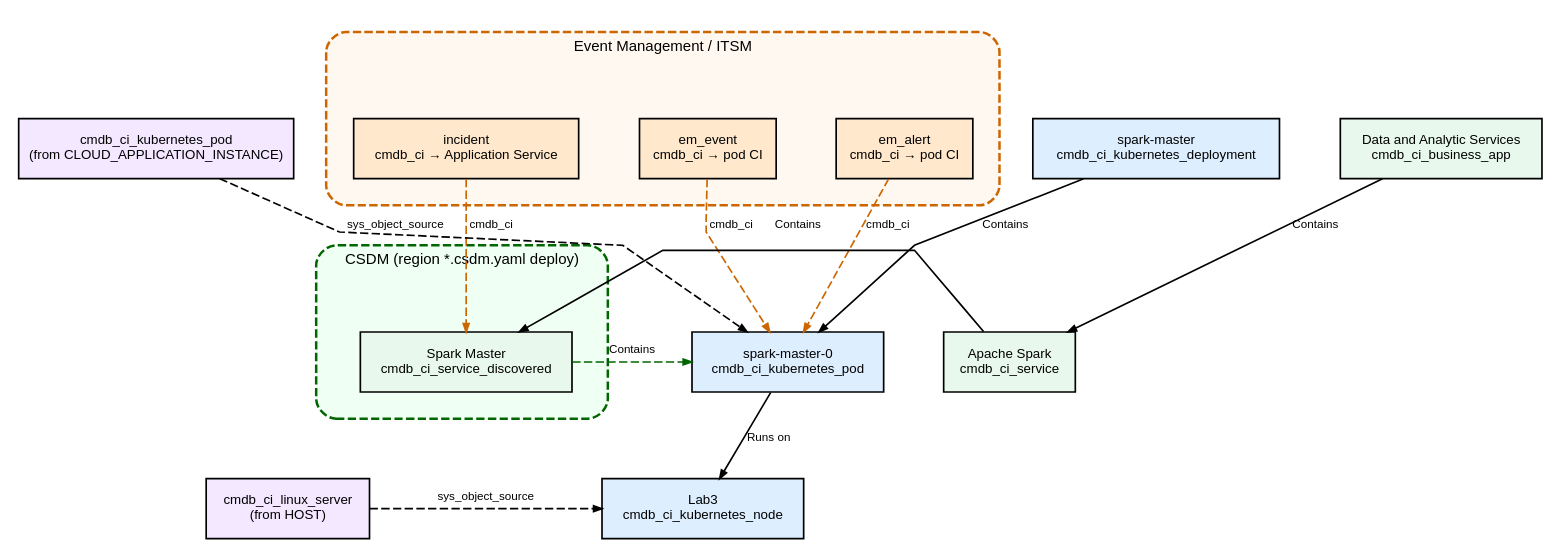
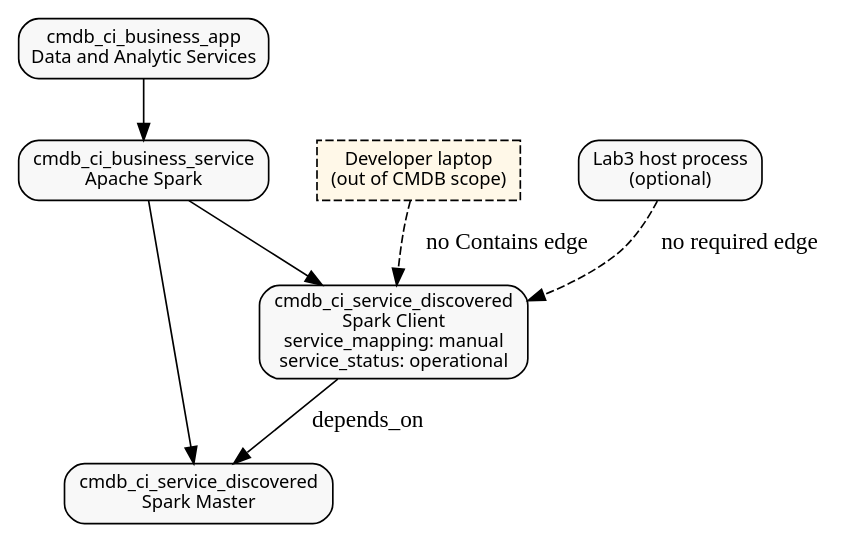
One commit to gxbrooks/spark-observability changed the second of 5 diagrams in servicenow/docs/Problem_to_Incident/Problem_to_Incident.adoc. Above: the diagram before and after it, drawn with Graphviz. The commit also changed other lines of this file and 17 other files, not shown here.

First line of the commit message:
Unify Log to Incident doc around Service-Side and Client-Side patterns.

```diff
--- a/servicenow/docs/Problem_to_Incident/Problem_to_Incident.adoc
+++ b/servicenow/docs/Problem_to_Incident/Problem_to_Incident.adoc
@@ -301,85 +324,22 @@
-[graphviz, Spark_Master_log_WARN_CMDB_CSDM_and_Event_Management_brooks-lab]
+[graphviz, Enterprise_client_CMDB_model]
 ----
-digraph spark_master_log_cmdb {
-  graph [rankdir=TB splines=polyline nodesep=0.5 ranksep=0.55 fontname="Helvetica" fontsize=10 compound=true]
-  node [shape=box fontname="Helvetica" fontsize=8 margin="0.08,0.05"]
-  edge [fontname="Helvetica" fontsize=7 arrowsize=0.5 labeldistance=0.6 labelangle=0]
+digraph enterprise_client {
+  graph [rankdir=TB splines=true nodesep=0.4 fontname="Noto Sans" fontsize=12]
+  node [shape=box style="rounded,filled" fillcolor="#f8f8f8" fontname="Noto Sans" fontsize=11]
 
-  subgraph cluster_em {
-    label="Event Management / ITSM"
-    labelloc=t
-    fontsize=9
-    style="rounded,dashed"
-    color="#cc6600"
-    penwidth=1.5
-    bgcolor="#fff8f0"
-    margin=16
-    node [style=filled fillcolor="#ffe8cc"]
-    INC [label="incident\ncmdb_ci → Application Service"]
-    EV  [label="em_event\ncmdb_ci → pod CI"]
-    AL  [label="em_alert\ncmdb_ci → pod CI"]
-    { rank=same; EV; AL }
-  }
+  BA [label="cmdb_ci_business_app\nData and Analytic Services"]
+  BS [label="cmdb_ci_business_service\nApache Spark"]
+  AS [label="cmdb_ci_service_discovered\nSpark Client\nservice_mapping: manual\nservice_status: operational"]
+  SM [label="cmdb_ci_service_discovered\nSpark Master"]
 
-  subgraph cluster_sgc {
-    label="SGO-Dynatrace import"
-    labelloc=t
-    fontsize=9
-    style="rounded,dashed"
-    color="#660066"
-    penwidth=1.5
-    bgcolor="#faf0ff"
-    margin=16
-    node [style=filled fillcolor="#f3e8ff"]
-    CI_POD  [label="cmdb_ci_kubernetes_pod\n(from CLOUD_APPLICATION_INSTANCE)"]
-    CI_HOST [label="cmdb_ci_linux_server\n(from HOST)"]
-    CI_POD -> CI_HOST [style=invis]
-  }
+  BA -> BS
+  BS -> AS
+  BS -> SM
+  AS -> SM [label="depends_on"]
 
-  subgraph cluster_k8s {
-    label="Kubernetes discovery / KVA + label sync"
-    labelloc=t
-    fontsize=9
-    style="rounded,dashed"
-    color="#003366"
-    penwidth=1.5
-    bgcolor="#eef6ff"
-    margin=16
-    node [style=filled fillcolor="#ddeeff"]
-    DEP      [label="spark-master\ncmdb_ci_kubernetes_deployment"]
-    POD      [label="spark-master-0\ncmdb_ci_kubernetes_pod"]
-    K8S_NODE [label="Lab3\ncmdb_ci_kubernetes_node"]
-    DEP -> POD [label="Contains"]
-    POD -> K8S_NODE [label="Runs on"]
-  }
-
-  subgraph cluster_csdm {
-    label="CSDM (region *.csdm.yaml deploy)"
-    labelloc=t
-    fontsize=9
-    style="rounded,dashed"
-    color="#006600"
-    penwidth=1.5
-    bgcolor="#f0fff4"
-    margin=16
-    node [style=filled fillcolor="#e8f8ec"]
-    BA [label="Data and Analytic Services\ncmdb_ci_business_app"]
-    BS [label="Apache Spark\ncmdb_ci_service"]
-    AS [label="Spark Master\ncmdb_ci_service_discovered"]
-    BA -> BS [label="Contains"]
-    BS -> AS [label="Contains"]
-  }
-
-  { rank=same; CI_POD; DEP; BA }
-  { rank=same; POD; BS }
-  { rank=same; CI_HOST; K8S_NODE }
-
-  CI_POD -> POD [style=dashed label="sys_object_source"]
-  CI_HOST -> K8S_NODE [style=dashed label="sys_object_source"]
-
-  INC -> AS [style=dashed label="cmdb_ci" color="#cc6600"]
-  EV -> POD [style=dashed label="cmdb_ci" color="#cc6600"]
-  AL -> POD [style=dashed label="cmdb_ci" color="#cc6600"]
-  AS -> POD [style=dashed label="Contains" color="#006600"]
+  LAP [label="Developer laptop\n(out of CMDB scope)" style="dashed,filled" fillcolor="#fff8e8"]
+  LAB [label="Lab3 host process\n(optional)"]
+  LAP -> AS [style=dashed label="no Contains edge"]
+  LAB -> AS [style=dashed label="no required edge"]
 }
 ----
```
